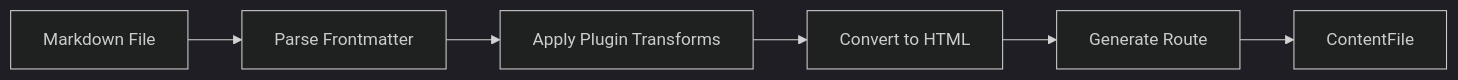
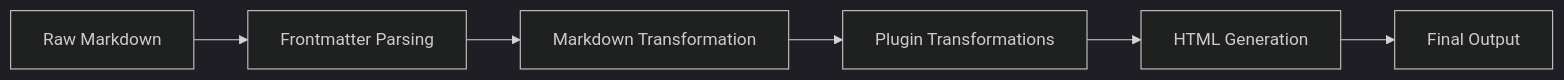
The second of 6 diagrams in memory-bank/systemPatterns.md (bun-press/bunpress), drawn with Mermaid (dark theme) before and after one commit. The commit also changed other lines of this file and 49 other files, not shown here.

````diff
--- a/memory-bank/systemPatterns.md
+++ b/memory-bank/systemPatterns.md
@@ -246,8 +40,8 @@
 ```mermaid
 graph LR
-    A[Markdown File] --> B[Parse Frontmatter]
-    B --> C[Apply Plugin Transforms]
-    C --> D[Convert to HTML]
-    D --> E[Generate Route]
-    E --> F[ContentFile]
+    A[Raw Markdown] --> B[Frontmatter Parsing]
+    B --> C[Markdown Transformation]
+    C --> D[Plugin Transformations]
+    D --> E[HTML Generation]
+    E --> F[Final Output]
 ```
````
